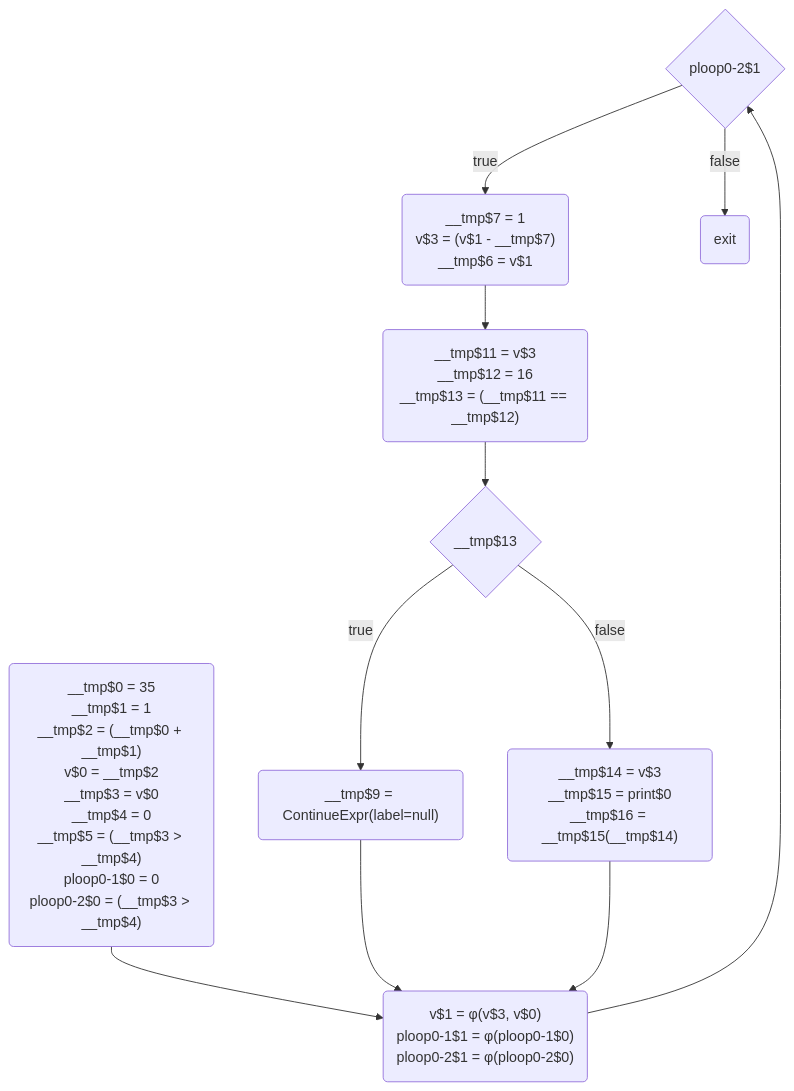
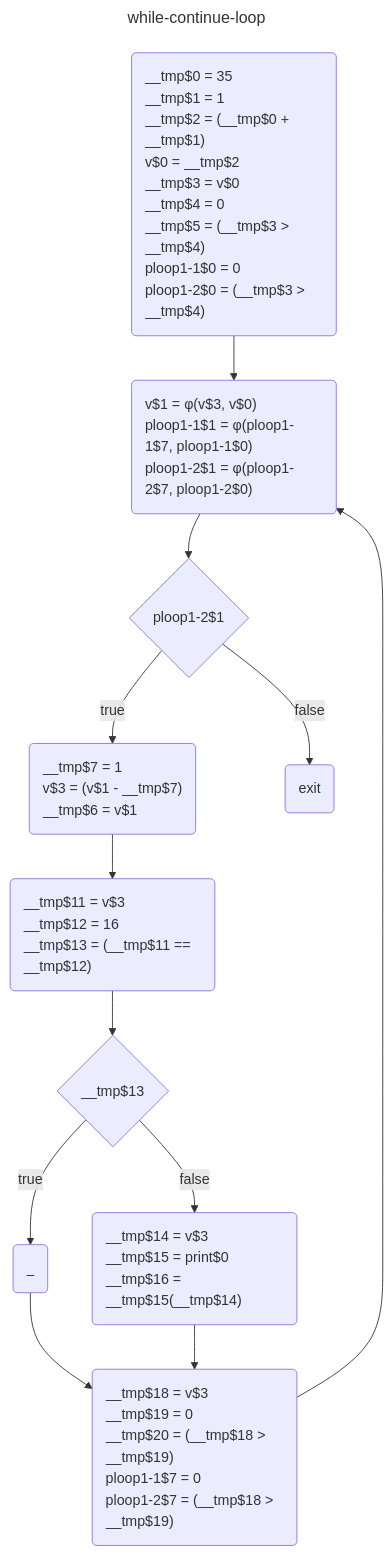
Before and after one commit to dee-tree/sav-lab1: the diagram in res/while-continue-loop/ssa-diagram_phi-elim.mmd, drawn with Mermaid. The commit also changed 33 other files, not shown here.

```diff
--- a/res/while-continue-loop/ssa-diagram_phi-elim.mmd
+++ b/res/while-continue-loop/ssa-diagram_phi-elim.mmd
@@ -1,20 +1,26 @@
+---
+title: while-continue-loop
+---
 flowchart TD
-	cond$20{"ploop0-2$1"}
-	if_cond$22("__tmp$11 = v$3<br>__tmp$12 = 16<br>__tmp$13 = (__tmp$11 == __tmp$12)")
-	while_body$21("__tmp$7 = 1<br>v$3 = (v$1 - __tmp$7)<br>__tmp$6 = v$1")
-	if_true$24("__tmp$9 = ContinueExpr(label=null)")
-	if_merged$25("__tmp$14 = v$3<br>__tmp$15 = print$0<br>__tmp$16 = __tmp$15(__tmp$14)")
-	cond$23{"__tmp$13"}
-	entry$18("__tmp$0 = 35<br>__tmp$1 = 1<br>__tmp$2 = (__tmp$0 + __tmp$1)<br>v$0 = __tmp$2<br>__tmp$3 = v$0<br>__tmp$4 = 0<br>__tmp$5 = (__tmp$3 > __tmp$4)<br>ploop0-1$0 = 0<br>ploop0-2$0 = (__tmp$3 > __tmp$4)")
-	while_start$19("v$1 = φ(v$3, v$0)<br>ploop0-1$1 = φ(ploop0-1$0)<br>ploop0-2$1 = φ(ploop0-2$0)")
-	while_exit$26("exit")
-	cond$23 --> |"true"| if_true$24
-	cond$20 --> |"true"| while_body$21
-	cond$20 --> |"false"| while_exit$26
-	entry$18 -->  while_start$19
-	cond$23 --> |"false"| if_merged$25
-	while_start$19 -->  cond$20
-	while_body$21 -->  if_cond$22
-	if_true$24 -->  while_start$19
-	if_merged$25 -->  while_start$19
-	if_cond$22 -->  cond$23
+	while_start$21("v$1 = φ(v$3, v$0)<br>ploop1-1$1 = φ(ploop1-1$7, ploop1-1$0)<br>ploop1-2$1 = φ(ploop1-2$7, ploop1-2$0)"):::defstyle
+	while_body$23("__tmp$7 = 1<br>v$3 = (v$1 - __tmp$7)<br>__tmp$6 = v$1"):::defstyle
+	entry$20("__tmp$0 = 35<br>__tmp$1 = 1<br>__tmp$2 = (__tmp$0 + __tmp$1)<br>v$0 = __tmp$2<br>__tmp$3 = v$0<br>__tmp$4 = 0<br>__tmp$5 = (__tmp$3 > __tmp$4)<br>ploop1-1$0 = 0<br>ploop1-2$0 = (__tmp$3 > __tmp$4)"):::defstyle
+	cond$22{"ploop1-2$1"}:::defstyle
+	null$27("__tmp$18 = v$3<br>__tmp$19 = 0<br>__tmp$20 = (__tmp$18 > __tmp$19)<br>ploop1-1$7 = 0<br>ploop1-2$7 = (__tmp$18 > __tmp$19)"):::defstyle
+	cond$25{"__tmp$13"}:::defstyle
+	if_cond$24("__tmp$11 = v$3<br>__tmp$12 = 16<br>__tmp$13 = (__tmp$11 == __tmp$12)"):::defstyle
+	if_merged$28("__tmp$14 = v$3<br>__tmp$15 = print$0<br>__tmp$16 = __tmp$15(__tmp$14)"):::defstyle
+	while_exit$29("exit"):::defstyle
+	if_true$26("_"):::defstyle
+	cond$25 --> |"true"| if_true$26
+	if_true$26 -->  null$27
+	while_body$23 -->  if_cond$24
+	entry$20 -->  while_start$21
+	cond$25 --> |"false"| if_merged$28
+	while_start$21 -->  cond$22
+	null$27 -->  while_start$21
+	if_merged$28 -->  null$27
+	if_cond$24 -->  cond$25
+	cond$22 --> |"false"| while_exit$29
+	cond$22 --> |"true"| while_body$23
+classDef defstyle text-align: left;
```
